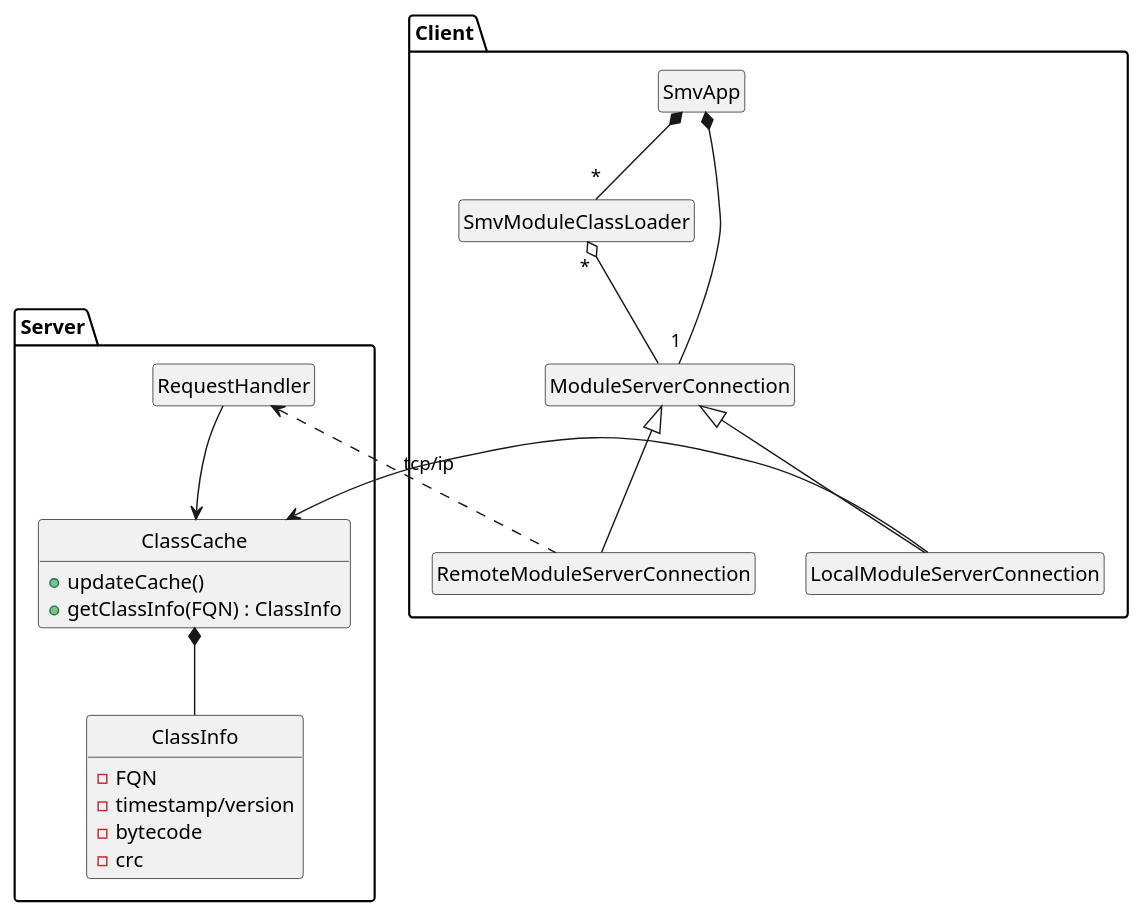
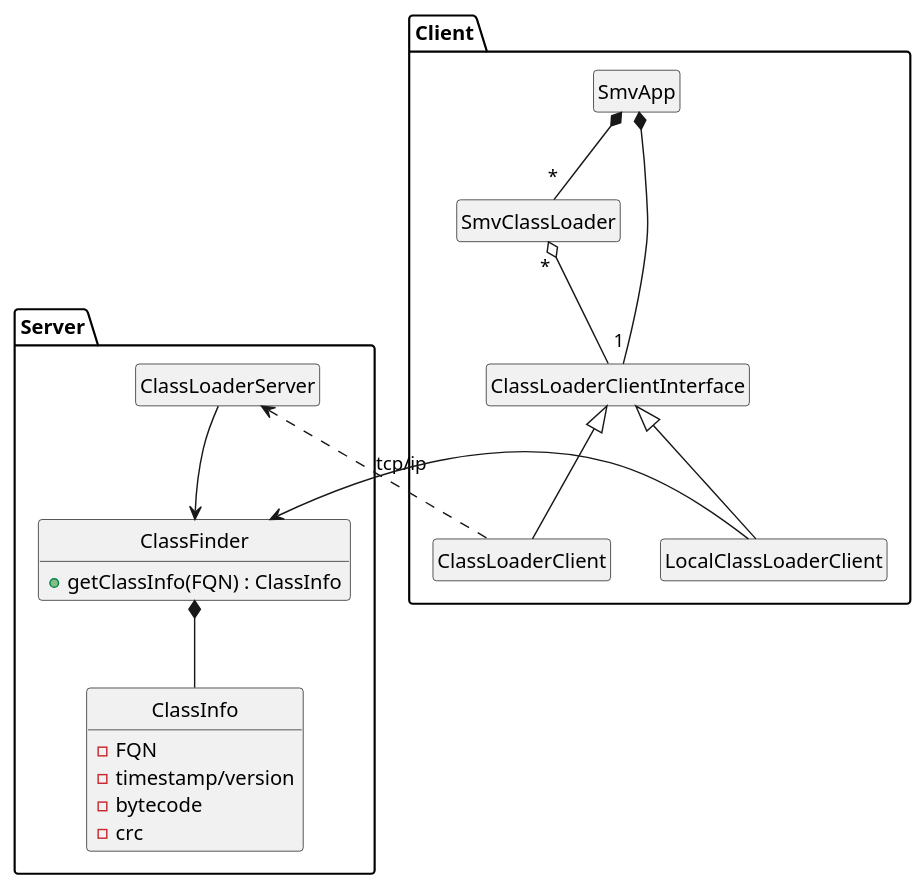
One commit to TresAmigosSD/SMV changed the diagram in docs/design/SmvModuleServer/module_server_classes.puml. Above: the diagram before and after it, drawn with PlantUML. The commit also changed 5 other files, not shown here.

Commit message:
#257: Added SmvClassLoader and cleaned up the current code to make it testable.

```diff
--- a/docs/design/SmvModuleServer/module_server_classes.puml
+++ b/docs/design/SmvModuleServer/module_server_classes.puml
@@ -1,44 +1,43 @@
 @startuml
 
 hide empty methods
 hide empty fields
 hide circle
 
 package Server {
-  class ClassCache {
-    +updateCache()
+  class ClassFinder {
     +getClassInfo(FQN) : ClassInfo
   }
 
   class ClassInfo {
     -FQN
     -timestamp/version
     -bytecode
     -crc
   }
 
-  class RequestHandler
+  class ClassLoaderServer
 
-  ClassCache *-- ClassInfo
+  ClassFinder *-- ClassInfo
 
-  RequestHandler --> ClassCache
+  ClassLoaderServer --> ClassFinder
 }
 
 package Client {
   class SmvApp
-  class SmvModuleClassLoader
-  class ModuleServerConnection
+  class SmvClassLoader
+  class ClassLoaderClientInterface
 
-  SmvApp *-- "*" SmvModuleClassLoader
-  SmvApp *-- "1" ModuleServerConnection
+  SmvApp *-- "*" SmvClassLoader
+  SmvApp *-- "1" ClassLoaderClientInterface
 
 
-  SmvModuleClassLoader "*" o-- ModuleServerConnection
+  SmvClassLoader "*" o-- ClassLoaderClientInterface
 
-  class LocalModuleServerConnection extends ModuleServerConnection
-  class RemoteModuleServerConnection extends ModuleServerConnection
+  class LocalClassLoaderClient extends ClassLoaderClientInterface
+  class ClassLoaderClient extends ClassLoaderClientInterface
 
-  RemoteModuleServerConnection .L.> RequestHandler : tcp/ip
-  LocalModuleServerConnection -L-> ClassCache
+  ClassLoaderClient .L.> ClassLoaderServer : tcp/ip
+  LocalClassLoaderClient -L-> ClassFinder
 }
 @enduml
```
